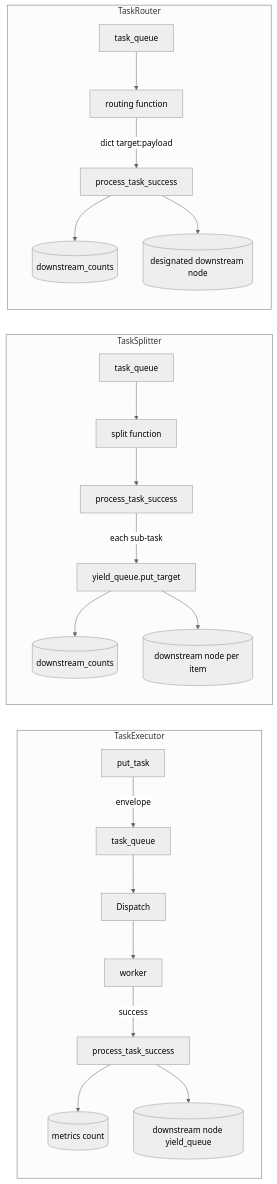
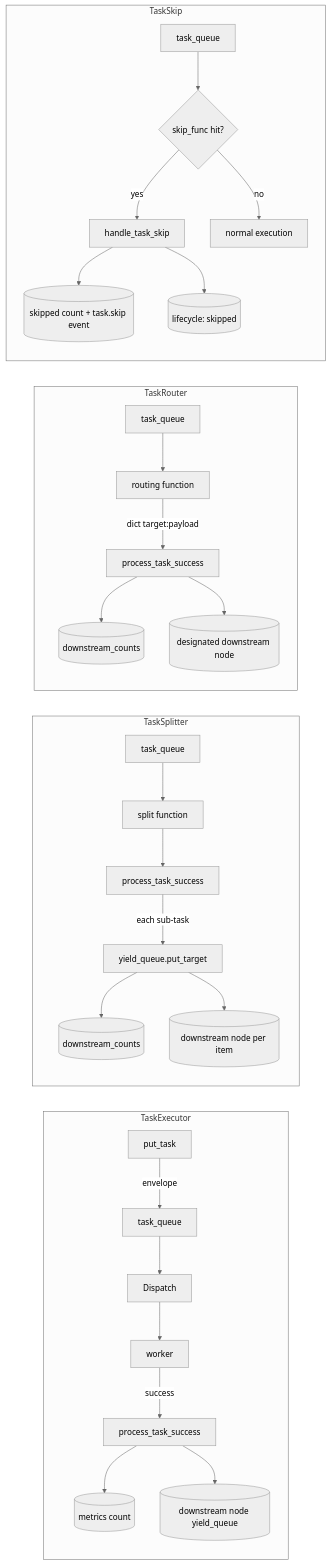
Before and after one commit to Mr-xiaotian/CelestialFlow: the diagram in docs/en/tests/node/test_nodes.md, drawn with Mermaid (neutral theme). The commit also changed other lines of this file and 169 other files, not shown here.

````diff
--- a/docs/en/tests/node/test_nodes.md
+++ b/docs/en/tests/node/test_nodes.md
@@ -66,26 +81,34 @@
 ```mermaid
 flowchart LR
     subgraph "TaskExecutor"
         PutTask[put_task] -->|envelope| Q[task_queue]
         Q --> D[Dispatch]
         D --> W[worker]
         W -->|success| SP[process_task_success]
         SP --> Counter[(metrics count)]
         SP --> Downstream[(downstream node yield_queue)]
     end
 
     subgraph "TaskSplitter"
         Q2[task_queue] --> DS[split function]
         DS --> PSR[process_task_success]
         PSR -->|each sub-task| PSR_put[yield_queue.put_target]
         PSR_put --> SC[(downstream_counts)]
         PSR_put --> Down2[(downstream node per item)]
     end
 
     subgraph "TaskRouter"
         Q3[task_queue] --> DR[routing function]
         DR -->|dict target:payload| PR[process_task_success]
         PR --> RC[(downstream_counts)]
         PR --> Down3[(designated downstream node)]
     end
+
+    subgraph "TaskSkip"
+        Q4[task_queue] --> Skip{skip_func hit?}
+        Skip -- yes --> HTS[handle_task_skip]
+        HTS --> SK[(skipped count + task.skip event)]
+        HTS --> SkDB[(lifecycle: skipped)]
+        Skip -- no --> Exec[normal execution]
+    end
 ```
````
